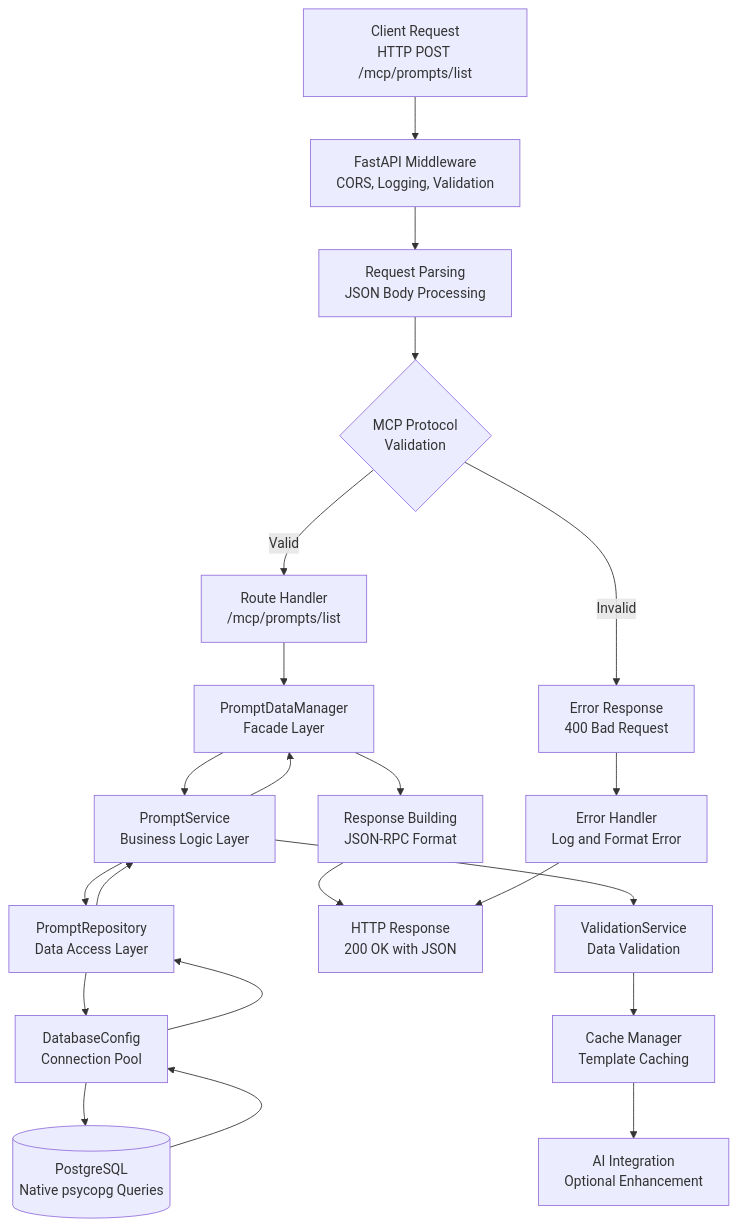
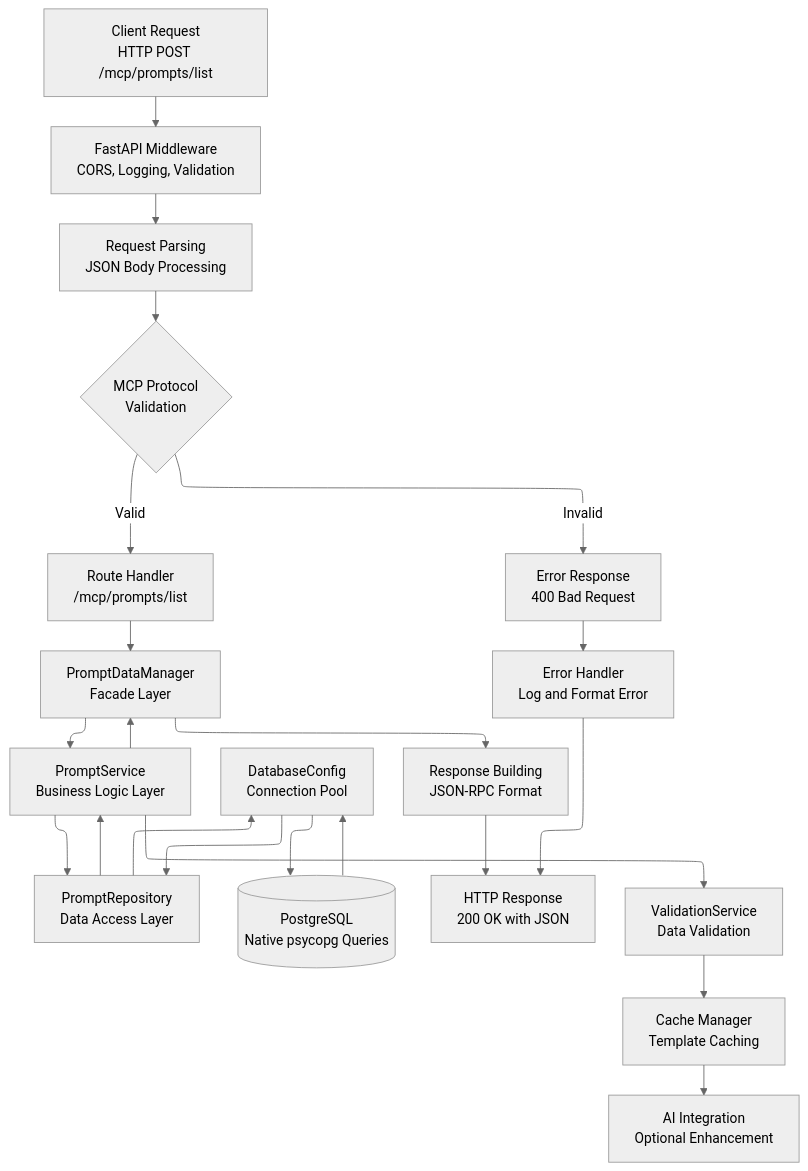
Before and after one commit to shennawardana23/mcp-go-py: the second of 18 diagrams in documents/flow-control.md, drawn with Mermaid. The commit also changed other lines of this file, not shown here.

Commit message:
:wrench: fix document flow-control

````diff
--- a/documents/flow-control.md
+++ b/documents/flow-control.md
@@ -41,27 +46,33 @@
 ```mermaid
-flowchart TD
+---
+config:
+  layout: elk
+  theme: neutral
+  look: neon
+---
+flowchart TB
     A[Client Request<br/>HTTP POST /mcp/prompts/list] --> B[FastAPI Middleware<br/>CORS, Logging, Validation]
     B --> C[Request Parsing<br/>JSON Body Processing]
     C --> D{MCP Protocol<br/>Validation}
     D -->|Valid| E[Route Handler<br/>/mcp/prompts/list]
     D -->|Invalid| F[Error Response<br/>400 Bad Request]
 
     E --> G[PromptDataManager<br/>Facade Layer]
     G --> H[PromptService<br/>Business Logic Layer]
     H --> I[PromptRepository<br/>Data Access Layer]
     I --> J[DatabaseConfig<br/>Connection Pool]
     J --> K[(PostgreSQL<br/>Native psycopg Queries)]
     K --> J
     J --> I
     I --> H
     H --> G
     G --> L[Response Building<br/>JSON-RPC Format]
     L --> M[HTTP Response<br/>200 OK with JSON]
 
     F --> N[Error Handler<br/>Log and Format Error]
     N --> M
 
     H --> O[ValidationService<br/>Data Validation]
     O --> P[Cache Manager<br/>Template Caching]
     P --> Q[AI Integration<br/>Optional Enhancement]
 ```
````
